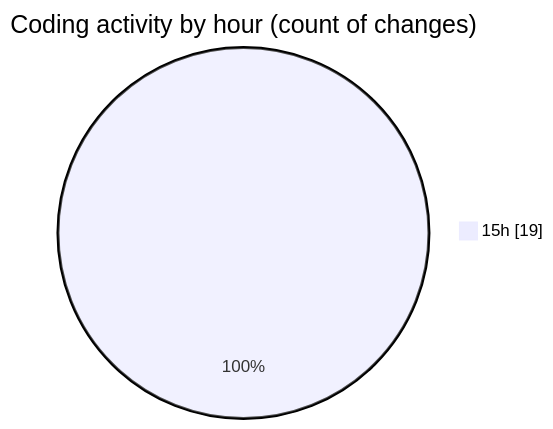
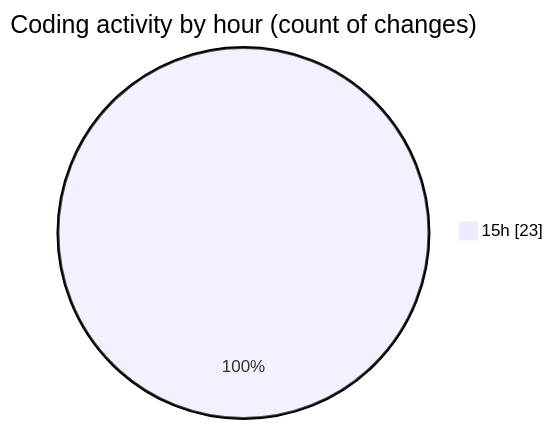
Before and after one commit to debugP/code-tracking: the second of 2 diagrams in 2025-10-21/untitled__workspace_/README.md, drawn with Mermaid. The commit also changed other lines of this file and 1 other file, not shown here.

````diff
--- a/2025-10-21/untitled__workspace_/README.md
+++ b/2025-10-21/untitled__workspace_/README.md
@@ -28,5 +28,5 @@
 ```mermaid
 pie showData
 title Coding activity by hour (count of changes)
-"15h" : 19
+"15h" : 23
 ```
````
